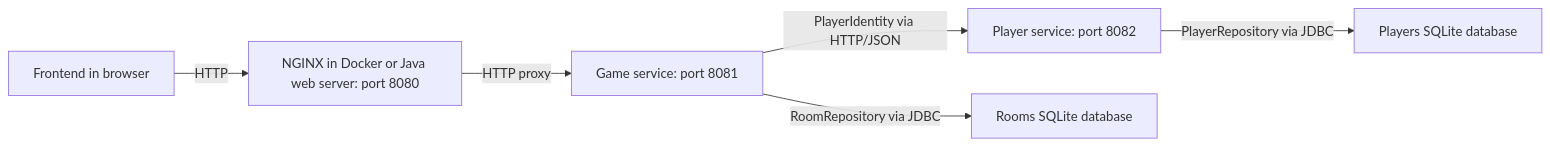
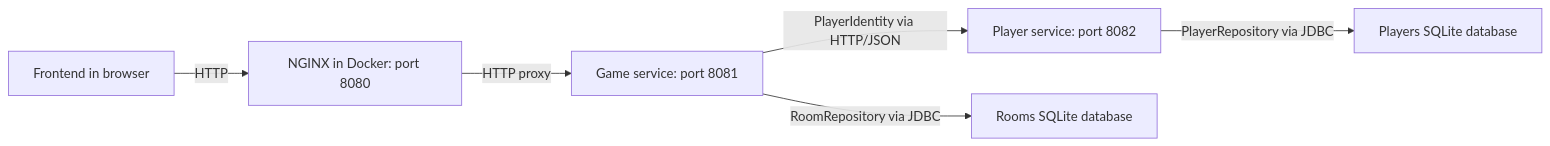
One commit to ikigachi/chess-software changed the diagram in README.md. Above: the diagram before and after it, drawn with Mermaid. The commit also changed other lines of this file and 13 other files, not shown here.

Commit message:
Replace the Java gateway with NGINX and relocate integration tests

````diff
--- a/README.md
+++ b/README.md
@@ -138,8 +129,8 @@
 ```mermaid
 flowchart LR
-    F["Frontend in browser"] -->|"HTTP"| W["NGINX in Docker or Java web server: port 8080"]
+    F["Frontend in browser"] -->|"HTTP"| W["NGINX in Docker: port 8080"]
     W -->|"HTTP proxy"| G["Game service: port 8081"]
     G -->|"PlayerIdentity via HTTP/JSON"| P["Player service: port 8082"]
     G -->|"RoomRepository via JDBC"| D["Rooms SQLite database"]
     P -->|"PlayerRepository via JDBC"| PD["Players SQLite database"]
 ```
````
